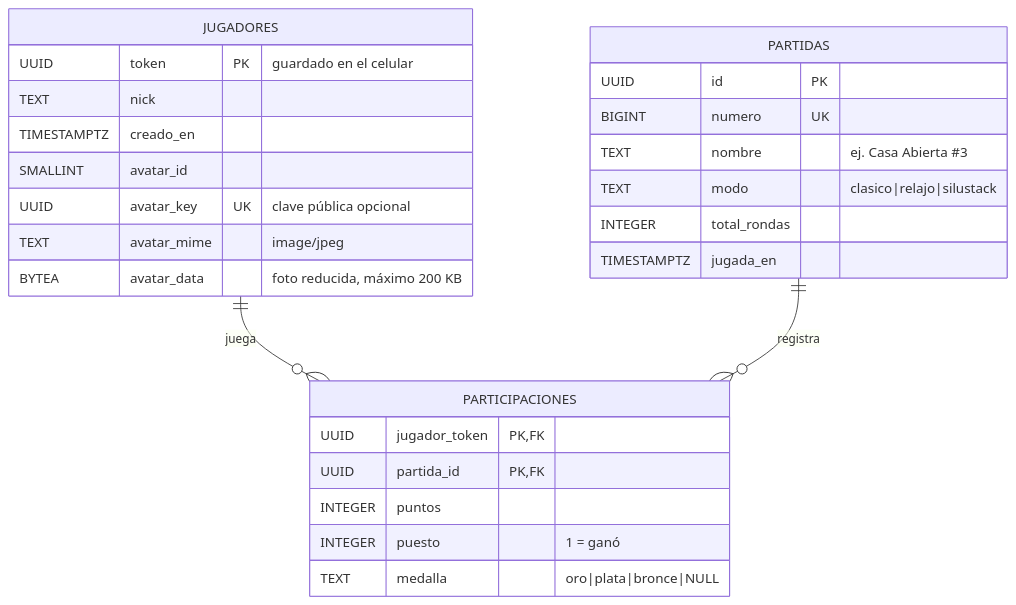
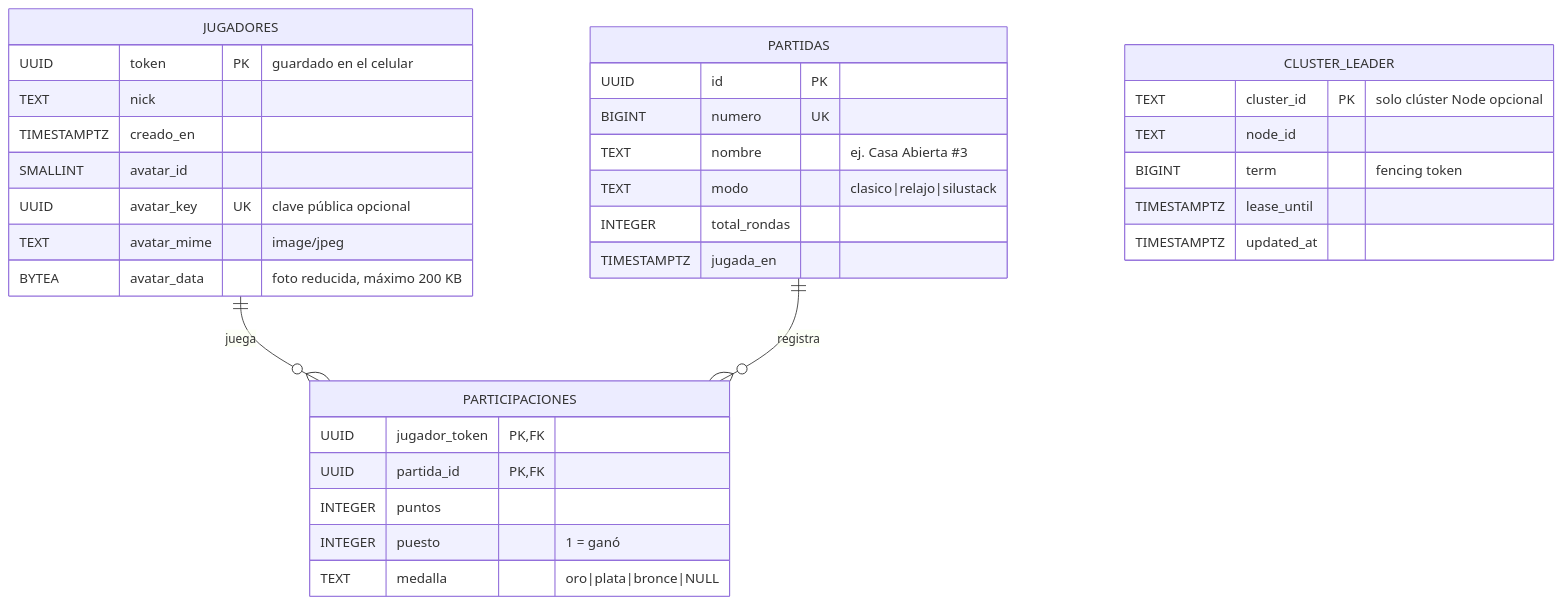
Before and after one commit to acampanaa/silunet: the fourth of 4 diagrams in README.md, drawn with Mermaid. The commit also changed other lines of this file and 22 other files, not shown here.

````diff
--- a/README.md
+++ b/README.md
@@ -241,30 +243,37 @@
 ```mermaid
 erDiagram
     JUGADORES ||--o{ PARTICIPACIONES : "juega"
     PARTIDAS  ||--o{ PARTICIPACIONES : "registra"
 
     JUGADORES {
         UUID    token PK "guardado en el celular"
         TEXT    nick
         TIMESTAMPTZ creado_en
         SMALLINT avatar_id
         UUID avatar_key UK "clave pública opcional"
         TEXT avatar_mime "image/jpeg"
         BYTEA avatar_data "foto reducida, máximo 200 KB"
     }
     PARTIDAS {
         UUID    id PK
         BIGINT  numero UK
         TEXT    nombre "ej. Casa Abierta #3"
         TEXT    modo "clasico|relajo|silustack"
         INTEGER total_rondas
         TIMESTAMPTZ jugada_en
     }
     PARTICIPACIONES {
         UUID jugador_token PK,FK
         UUID partida_id PK,FK
         INTEGER puntos
         INTEGER puesto "1 = ganó"
         TEXT    medalla "oro|plata|bronce|NULL"
     }
+    CLUSTER_LEADER {
+        TEXT cluster_id PK "solo clúster Node opcional"
+        TEXT node_id
+        BIGINT term "fencing token"
+        TIMESTAMPTZ lease_until
+        TIMESTAMPTZ updated_at
+    }
 ```
````
